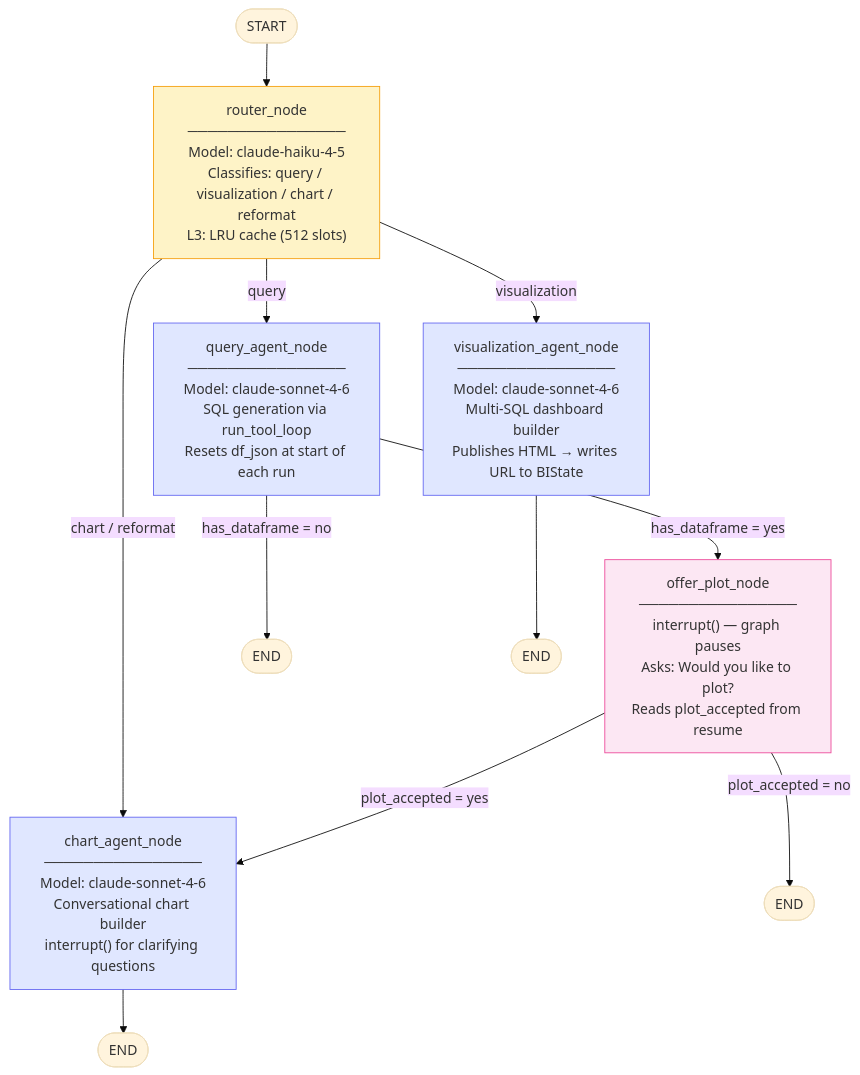
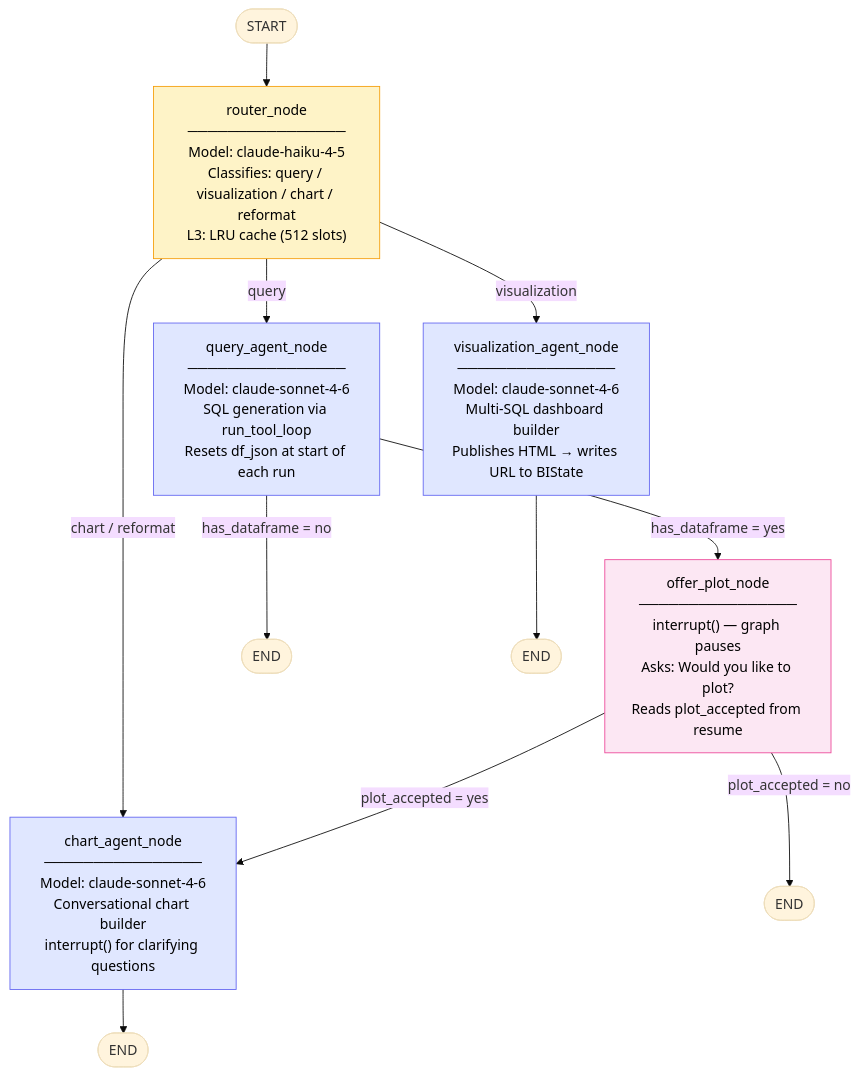
Before and after one commit to suryapatnaik1/llm-bi-chat-langgraph: the first of 15 diagrams in docs/diagrams/diagrams.md, drawn with Mermaid (base theme). The commit also changed other lines of this file, not shown here.

Commit message:
color changed for diagrams

````diff
--- a/docs/diagrams/diagrams.md
+++ b/docs/diagrams/diagrams.md
@@ -21,33 +21,33 @@
 ```mermaid
 flowchart TD
     START([START]) --> RN
 
     RN["router_node<br/>────────────────<br/>Model: claude-haiku-4-5<br/>Classifies: query / visualization / chart / reformat<br/>L3: LRU cache (512 slots)"]
 
     RN -->|query| QA
     RN -->|visualization| VA
     RN -->|"chart / reformat"| CA
 
     QA["query_agent_node<br/>────────────────<br/>Model: claude-sonnet-4-6<br/>SQL generation via run_tool_loop<br/>Resets df_json at start of each run"]
 
     VA["visualization_agent_node<br/>────────────────<br/>Model: claude-sonnet-4-6<br/>Multi-SQL dashboard builder<br/>Publishes HTML → writes URL to BIState"]
 
     CA["chart_agent_node<br/>────────────────<br/>Model: claude-sonnet-4-6<br/>Conversational chart builder<br/>interrupt() for clarifying questions"]
 
     OP["offer_plot_node<br/>────────────────<br/>interrupt() — graph pauses<br/>Asks: Would you like to plot?<br/>Reads plot_accepted from resume"]
 
     QA -->|"has_dataframe = yes"| OP
     QA -->|"has_dataframe = no"| E1([END])
 
     OP -->|"plot_accepted = yes"| CA
     OP -->|"plot_accepted = no"| E2([END])
 
     VA --> E3([END])
     CA --> E4([END])
 
-    style RN fill:#fef3c7,stroke:#f59e0b
-    style QA fill:#e0e7ff,stroke:#6366f1
-    style VA fill:#e0e7ff,stroke:#6366f1
-    style CA fill:#e0e7ff,stroke:#6366f1
-    style OP fill:#fce7f3,stroke:#ec4899
+    style RN fill:#fef3c7,stroke:#f59e0b,color:#000000
+    style QA fill:#e0e7ff,stroke:#6366f1,color:#000000
+    style VA fill:#e0e7ff,stroke:#6366f1,color:#000000
+    style CA fill:#e0e7ff,stroke:#6366f1,color:#000000
+    style OP fill:#fce7f3,stroke:#ec4899,color:#000000
 ```
````
